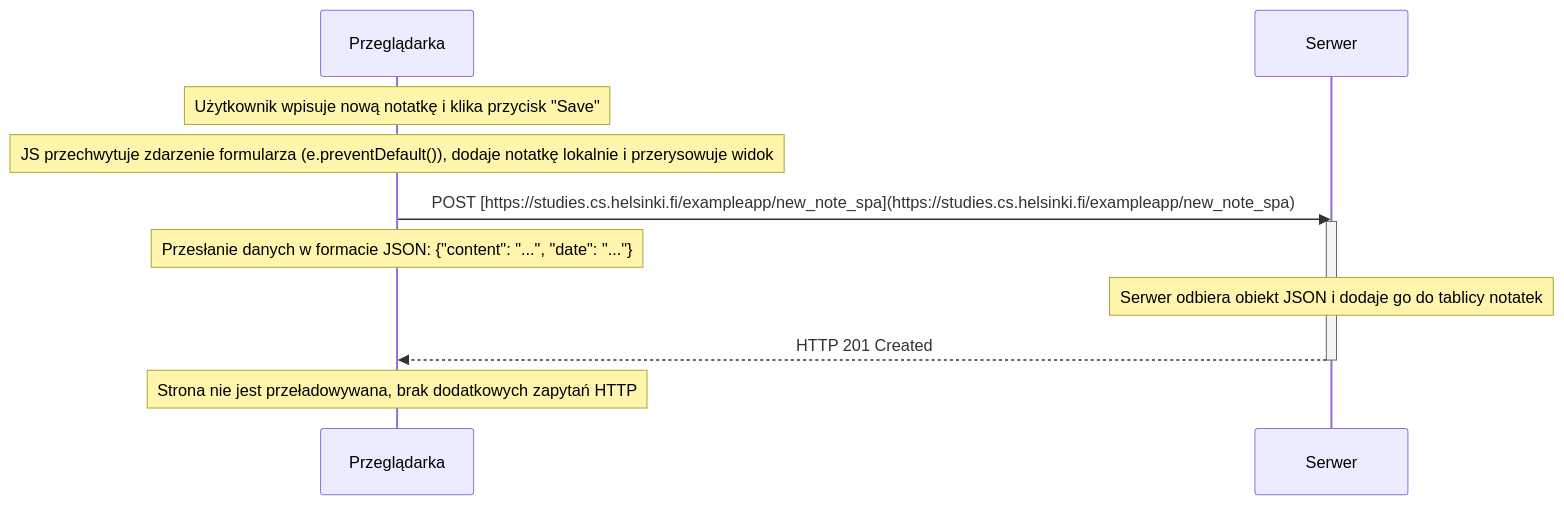
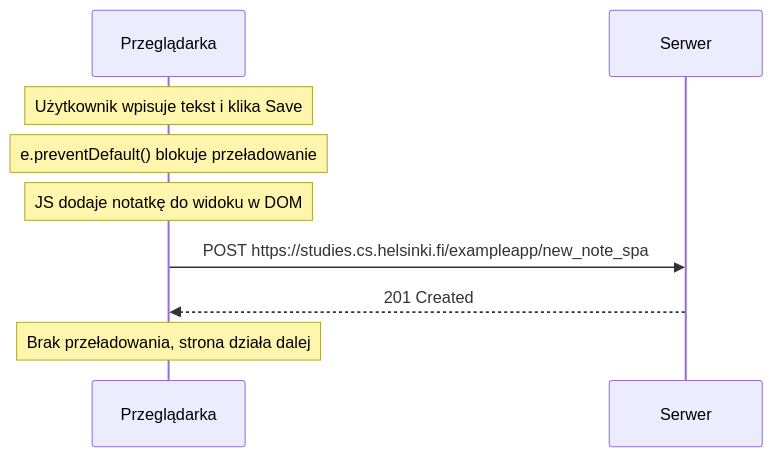
Before and after one commit to DenysChad333/fullstackGD: the diagram in part0/0.6.md, drawn with Mermaid.

````diff
--- a/part0/0.6.md
+++ b/part0/0.6.md
@@ -1,17 +1,14 @@
 ```mermaid
 sequenceDiagram
-    participant browser as Przeglądarka
-    participant server as Serwer
+    participant B as Przeglądarka
+    participant S as Serwer
 
-    Note over browser: Użytkownik wpisuje nową notatkę i klika przycisk "Save"
-    Note over browser: JS przechwytuje zdarzenie formularza (e.preventDefault()), dodaje notatkę lokalnie i przerysowuje widok
+    Note over B: Użytkownik wpisuje tekst i klika Save
+    Note over B: e.preventDefault() blokuje przeładowanie
+    Note over B: JS dodaje notatkę do widoku w DOM
 
-    browser->>server: POST [https://studies.cs.helsinki.fi/exampleapp/new_note_spa](https://studies.cs.helsinki.fi/exampleapp/new_note_spa)
-    activate server
-    Note over browser: Przesłanie danych w formacie JSON: {"content": "...", "date": "..."}
-    Note over server: Serwer odbiera obiekt JSON i dodaje go do tablicy notatek
-    server-->>browser: HTTP 201 Created
-    deactivate server
+    B->>S: POST https://studies.cs.helsinki.fi/exampleapp/new_note_spa
+    S-->>B: 201 Created
 
-    Note over browser: Strona nie jest przeładowywana, brak dodatkowych zapytań HTTP
+    Note over B: Brak przeładowania, strona działa dalej
 ```
````
